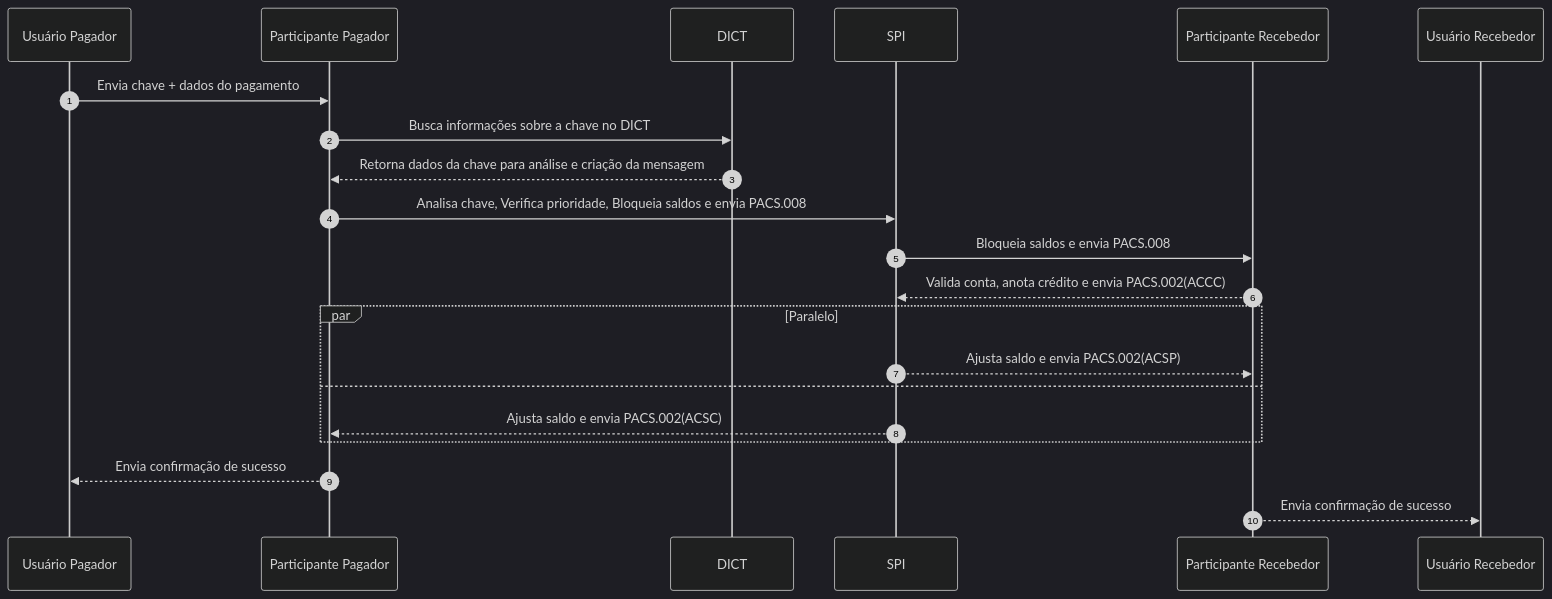
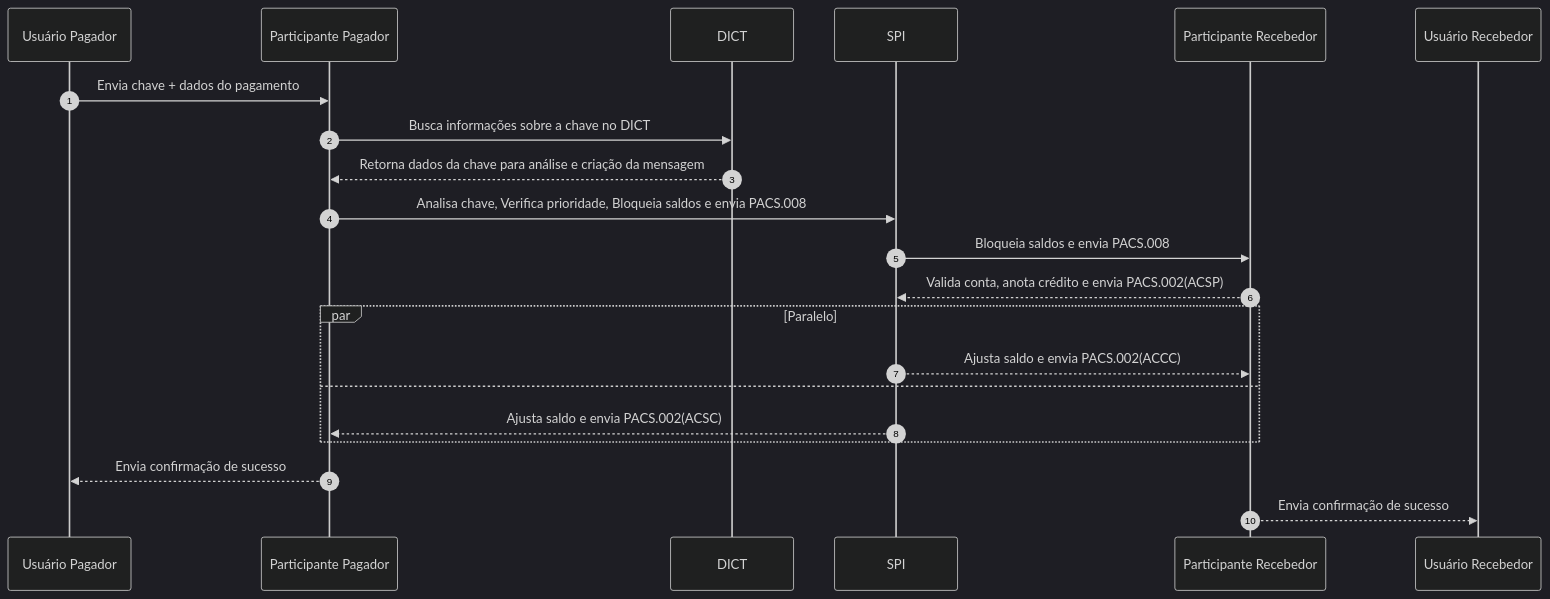
One commit to guilhermedecampo/pix-spi-scenarios changed the diagram in docs/fluxo-sucesso/iniciacao-via-chave.md. Above: the diagram before and after it, drawn with Mermaid (dark theme). The commit also changed 5 other files, not shown here.

Commit message:
update mermaidjs

````diff
--- a/docs/fluxo-sucesso/iniciacao-via-chave.md
+++ b/docs/fluxo-sucesso/iniciacao-via-chave.md
@@ -29,17 +29,17 @@
 ```mermaid
 sequenceDiagram
 autonumber
 Usuário Pagador->>Participante Pagador: Envia chave + dados do pagamento
 Participante Pagador ->>DICT: Busca informações sobre a chave no DICT 
 DICT -->> Participante Pagador: Retorna dados da chave para análise e criação da mensagem
 Participante Pagador->>SPI: Analisa chave, Verifica prioridade, Bloqueia saldos e envia PACS.008
 SPI->>Participante Recebedor: Bloqueia saldos e envia PACS.008
-Participante Recebedor-->>SPI: Valida conta, anota crédito e envia PACS.002(ACCC)
+Participante Recebedor-->>SPI: Valida conta, anota crédito e envia PACS.002(ACSP)
 par Paralelo
-  SPI-->>Participante Recebedor: Ajusta saldo e envia PACS.002(ACSP)
+  SPI-->>Participante Recebedor: Ajusta saldo e envia PACS.002(ACCC)
 and
   SPI-->>Participante Pagador: Ajusta saldo e envia PACS.002(ACSC)
 end
 Participante Pagador-->>Usuário Pagador: Envia confirmação de sucesso
 Participante Recebedor-->>Usuário Recebedor: Envia confirmação de sucesso
 ```
````
